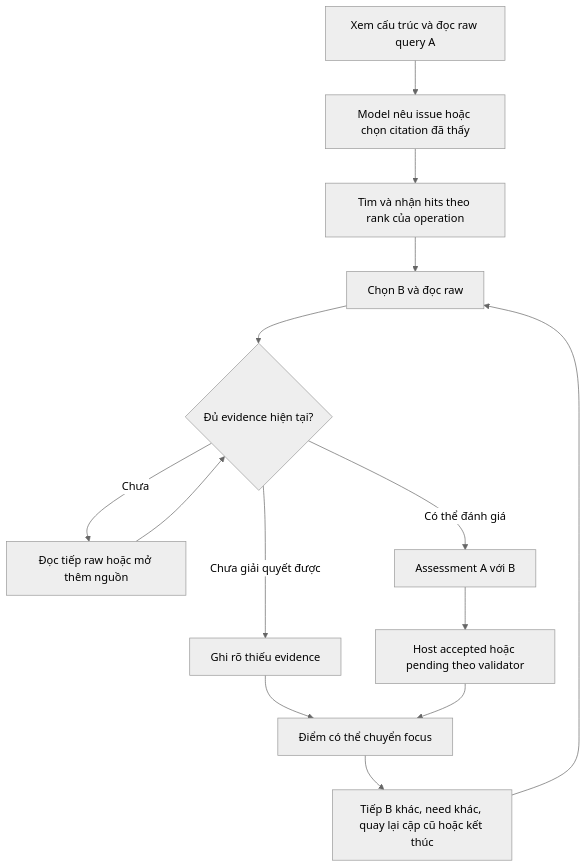
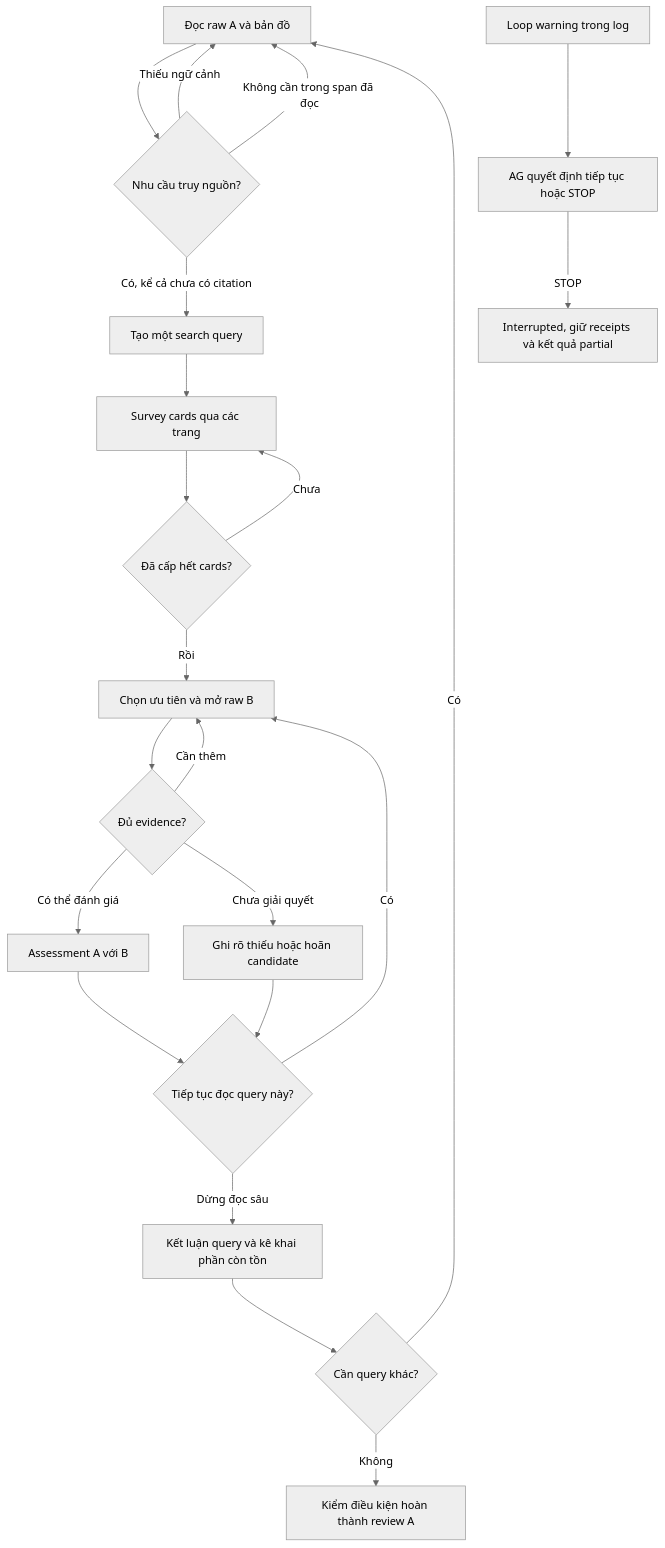
One commit to ducvan1909/coliee-case-retrieval changed the diagram in pipeline_v2/experiments/context_manager_v2/MODEL_CONTEXT_FLOW.md. Above: the diagram before and after it, drawn with Mermaid (neutral theme). The commit also changed other lines of this file and 40 other files, not shown here.

Commit message:
feat: update CM4 query review through v28 and document pipeline changes

````diff
--- a/pipeline_v2/experiments/context_manager_v2/MODEL_CONTEXT_FLOW.md
+++ b/pipeline_v2/experiments/context_manager_v2/MODEL_CONTEXT_FLOW.md
@@ -35,16 +7,24 @@
 ```mermaid
 flowchart TD
-    A[Xem cấu trúc và đọc raw query A] --> B[Model nêu issue hoặc chọn citation đã thấy]
-    B --> C[Tìm và nhận hits theo rank của operation]
-    C --> D[Chọn B và đọc raw]
-    D --> E{Đủ evidence hiện tại?}
-    E -->|Chưa| F[Đọc tiếp raw hoặc mở thêm nguồn]
-    F --> E
-    E -->|Có thể đánh giá| G[Assessment A với B]
-    E -->|Chưa giải quyết được| H[Ghi rõ thiếu evidence]
-    G --> I[Host accepted hoặc pending theo validator]
-    H --> J[Điểm có thể chuyển focus]
-    I --> J
-    J --> K[Tiếp B khác, need khác, quay lại cặp cũ hoặc kết thúc]
-    K --> D
+    A[Đọc raw A và bản đồ] --> G{Nhu cầu truy nguồn?}
+    G -->|Thiếu ngữ cảnh| A
+    G -->|Không cần trong span đã đọc| A
+    G -->|Có, kể cả chưa có citation| S[Tạo một search query]
+    S --> P[Survey cards qua các trang]
+    P --> Q{Đã cấp hết cards?}
+    Q -->|Chưa| P
+    Q -->|Rồi| R[Chọn ưu tiên và mở raw B]
+    R --> E{Đủ evidence?}
+    E -->|Cần thêm| R
+    E -->|Có thể đánh giá| V[Assessment A với B]
+    E -->|Chưa giải quyết| U[Ghi rõ thiếu hoặc hoãn candidate]
+    V --> C{Tiếp tục đọc query này?}
+    U --> C
+    C -->|Có| R
+    C -->|Dừng đọc sâu| F[Kết luận query và kê khai phần còn tồn]
+    F --> N{Cần query khác?}
+    N -->|Có| A
+    N -->|Không| Z[Kiểm điều kiện hoàn thành review A]
+    W[Loop warning trong log] --> O[AG quyết định tiếp tục hoặc STOP]
+    O -->|STOP| I[Interrupted, giữ receipts và kết quả partial]
 ```
````
